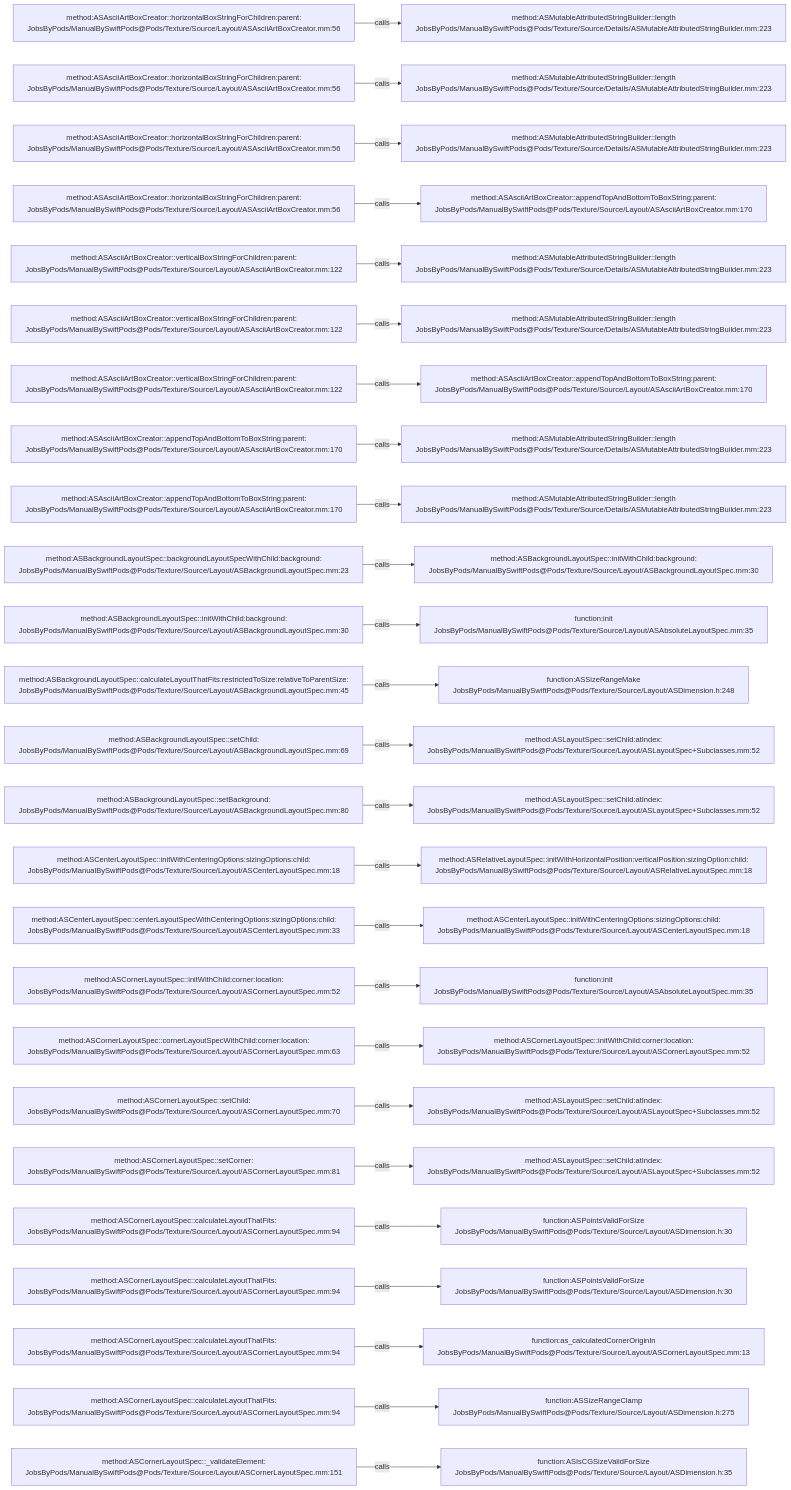
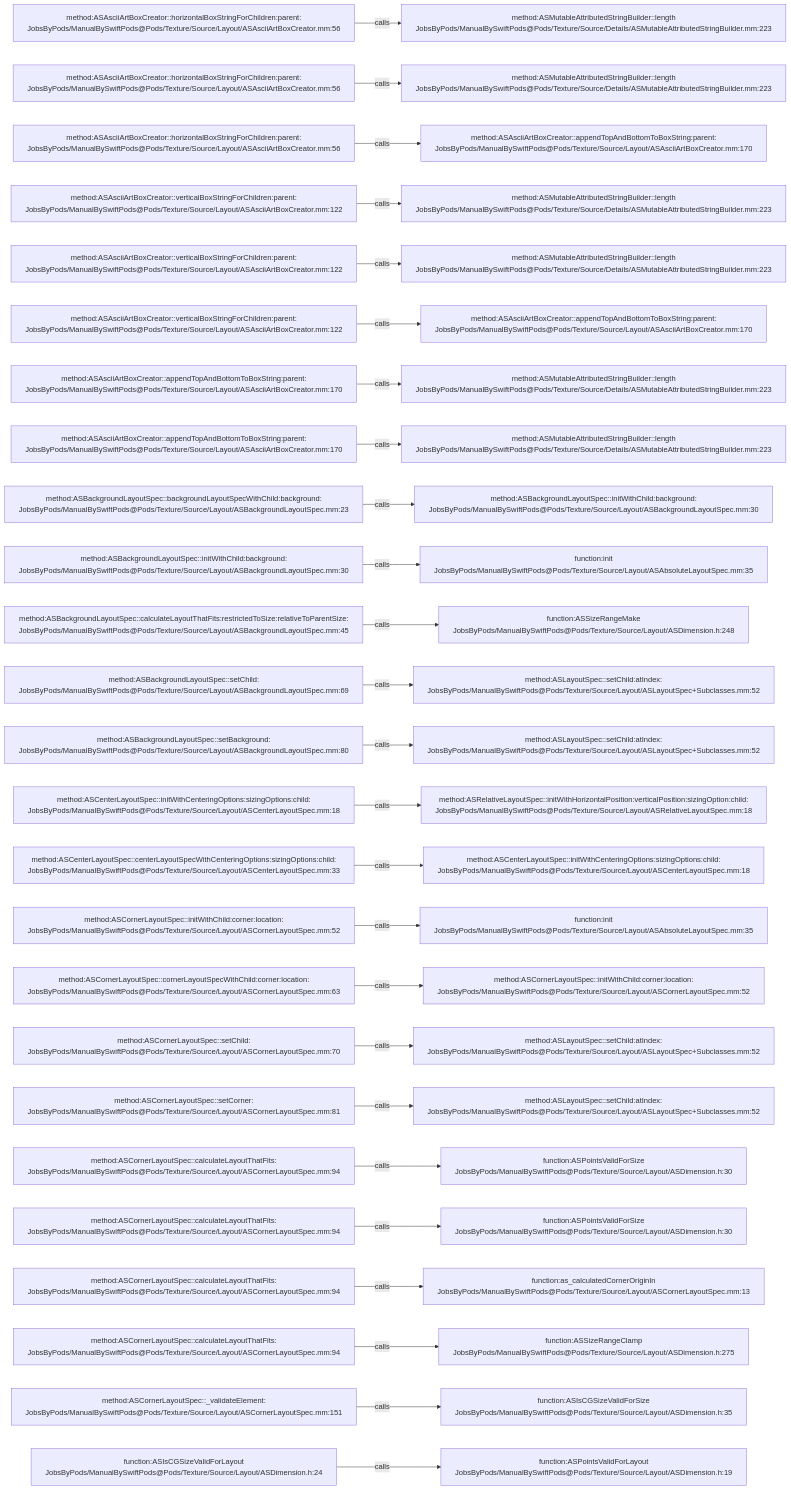
One commit to JobsKits/JobsSwiftBaseConfigDemo changed the diagram in .codegraph/codegraph.md/graphs/calls-105.md. Above: the diagram before and after it, drawn with Mermaid. The commit also changed 747 other files, not shown here.

````diff
--- a/.codegraph/codegraph.md/graphs/calls-105.md
+++ b/.codegraph/codegraph.md/graphs/calls-105.md
@@ -13,78 +13,78 @@
 ```mermaid
 flowchart LR
   S1["method:ASAsciiArtBoxCreator::horizontalBoxStringForChildren:parent:<br/>JobsByPods/ManualBySwiftPods@Pods/Texture/Source/Layout/ASAsciiArtBoxCreator.mm:56"]
   T1["method:ASMutableAttributedStringBuilder::length<br/>JobsByPods/ManualBySwiftPods@Pods/Texture/Source/Details/ASMutableAttributedStringBuilder.mm:223"]
   S1 -->|calls| T1
   S2["method:ASAsciiArtBoxCreator::horizontalBoxStringForChildren:parent:<br/>JobsByPods/ManualBySwiftPods@Pods/Texture/Source/Layout/ASAsciiArtBoxCreator.mm:56"]
   T2["method:ASMutableAttributedStringBuilder::length<br/>JobsByPods/ManualBySwiftPods@Pods/Texture/Source/Details/ASMutableAttributedStringBuilder.mm:223"]
   S2 -->|calls| T2
   S3["method:ASAsciiArtBoxCreator::horizontalBoxStringForChildren:parent:<br/>JobsByPods/ManualBySwiftPods@Pods/Texture/Source/Layout/ASAsciiArtBoxCreator.mm:56"]
-  T3["method:ASMutableAttributedStringBuilder::length<br/>JobsByPods/ManualBySwiftPods@Pods/Texture/Source/Details/ASMutableAttributedStringBuilder.mm:223"]
+  T3["method:ASAsciiArtBoxCreator::appendTopAndBottomToBoxString:parent:<br/>JobsByPods/ManualBySwiftPods@Pods/Texture/Source/Layout/ASAsciiArtBoxCreator.mm:170"]
   S3 -->|calls| T3
-  S4["method:ASAsciiArtBoxCreator::horizontalBoxStringForChildren:parent:<br/>JobsByPods/ManualBySwiftPods@Pods/Texture/Source/Layout/ASAsciiArtBoxCreator.mm:56"]
-  T4["method:ASAsciiArtBoxCreator::appendTopAndBottomToBoxString:parent:<br/>JobsByPods/ManualBySwiftPods@Pods/Texture/Source/Layout/ASAsciiArtBoxCreator.mm:170"]
+  S4["method:ASAsciiArtBoxCreator::verticalBoxStringForChildren:parent:<br/>JobsByPods/ManualBySwiftPods@Pods/Texture/Source/Layout/ASAsciiArtBoxCreator.mm:122"]
+  T4["method:ASMutableAttributedStringBuilder::length<br/>JobsByPods/ManualBySwiftPods@Pods/Texture/Source/Details/ASMutableAttributedStringBuilder.mm:223"]
   S4 -->|calls| T4
   S5["method:ASAsciiArtBoxCreator::verticalBoxStringForChildren:parent:<br/>JobsByPods/ManualBySwiftPods@Pods/Texture/Source/Layout/ASAsciiArtBoxCreator.mm:122"]
   T5["method:ASMutableAttributedStringBuilder::length<br/>JobsByPods/ManualBySwiftPods@Pods/Texture/Source/Details/ASMutableAttributedStringBuilder.mm:223"]
   S5 -->|calls| T5
   S6["method:ASAsciiArtBoxCreator::verticalBoxStringForChildren:parent:<br/>JobsByPods/ManualBySwiftPods@Pods/Texture/Source/Layout/ASAsciiArtBoxCreator.mm:122"]
-  T6["method:ASMutableAttributedStringBuilder::length<br/>JobsByPods/ManualBySwiftPods@Pods/Texture/Source/Details/ASMutableAttributedStringBuilder.mm:223"]
+  T6["method:ASAsciiArtBoxCreator::appendTopAndBottomToBoxString:parent:<br/>JobsByPods/ManualBySwiftPods@Pods/Texture/Source/Layout/ASAsciiArtBoxCreator.mm:170"]
   S6 -->|calls| T6
-  S7["method:ASAsciiArtBoxCreator::verticalBoxStringForChildren:parent:<br/>JobsByPods/ManualBySwiftPods@Pods/Texture/Source/Layout/ASAsciiArtBoxCreator.mm:122"]
-  T7["method:ASAsciiArtBoxCreator::appendTopAndBottomToBoxString:parent:<br/>JobsByPods/ManualBySwiftPods@Pods/Texture/Source/Layout/ASAsciiArtBoxCreator.mm:170"]
+  S7["method:ASAsciiArtBoxCreator::appendTopAndBottomToBoxString:parent:<br/>JobsByPods/ManualBySwiftPods@Pods/Texture/Source/Layout/ASAsciiArtBoxCreator.mm:170"]
+  T7["method:ASMutableAttributedStringBuilder::length<br/>JobsByPods/ManualBySwiftPods@Pods/Texture/Source/Details/ASMutableAttributedStringBuilder.mm:223"]
   S7 -->|calls| T7
   S8["method:ASAsciiArtBoxCreator::appendTopAndBottomToBoxString:parent:<br/>JobsByPods/ManualBySwiftPods@Pods/Texture/Source/Layout/ASAsciiArtBoxCreator.mm:170"]
   T8["method:ASMutableAttributedStringBuilder::length<br/>JobsByPods/ManualBySwiftPods@Pods/Texture/Source/Details/ASMutableAttributedStringBuilder.mm:223"]
   S8 -->|calls| T8
-  S9["method:ASAsciiArtBoxCreator::appendTopAndBottomToBoxString:parent:<br/>JobsByPods/ManualBySwiftPods@Pods/Texture/Source/Layout/ASAsciiArtBoxCreator.mm:170"]
-  T9["method:ASMutableAttributedStringBuilder::length<br/>JobsByPods/ManualBySwiftPods@Pods/Texture/Source/Details/ASMutableAttributedStringBuilder.mm:223"]
+  S9["method:ASBackgroundLayoutSpec::backgroundLayoutSpecWithChild:background:<br/>JobsByPods/ManualBySwiftPods@Pods/Texture/Source/Layout/ASBackgroundLayoutSpec.mm:23"]
+  T9["method:ASBackgroundLayoutSpec::initWithChild:background:<br/>JobsByPods/ManualBySwiftPods@Pods/Texture/Source/Layout/ASBackgroundLayoutSpec.mm:30"]
   S9 -->|calls| T9
-  S10["method:ASBackgroundLayoutSpec::backgroundLayoutSpecWithChild:background:<br/>JobsByPods/ManualBySwiftPods@Pods/Texture/Source/Layout/ASBackgroundLayoutSpec.mm:23"]
-  T10["method:ASBackgroundLayoutSpec::initWithChild:background:<br/>JobsByPods/ManualBySwiftPods@Pods/Texture/Source/Layout/ASBackgroundLayoutSpec.mm:30"]
+  S10["method:ASBackgroundLayoutSpec::initWithChild:background:<br/>JobsByPods/ManualBySwiftPods@Pods/Texture/Source/Layout/ASBackgroundLayoutSpec.mm:30"]
+  T10["function:init<br/>JobsByPods/ManualBySwiftPods@Pods/Texture/Source/Layout/ASAbsoluteLayoutSpec.mm:35"]
   S10 -->|calls| T10
-  S11["method:ASBackgroundLayoutSpec::initWithChild:background:<br/>JobsByPods/ManualBySwiftPods@Pods/Texture/Source/Layout/ASBackgroundLayoutSpec.mm:30"]
-  T11["function:init<br/>JobsByPods/ManualBySwiftPods@Pods/Texture/Source/Layout/ASAbsoluteLayoutSpec.mm:35"]
+  S11["method:ASBackgroundLayoutSpec::calculateLayoutThatFits:restrictedToSize:relativeToParentSize:<br/>JobsByPods/ManualBySwiftPods@Pods/Texture/Source/Layout/ASBackgroundLayoutSpec.mm:45"]
+  T11["function:ASSizeRangeMake<br/>JobsByPods/ManualBySwiftPods@Pods/Texture/Source/Layout/ASDimension.h:248"]
   S11 -->|calls| T11
-  S12["method:ASBackgroundLayoutSpec::calculateLayoutThatFits:restrictedToSize:relativeToParentSize:<br/>JobsByPods/ManualBySwiftPods@Pods/Texture/Source/Layout/ASBackgroundLayoutSpec.mm:45"]
-  T12["function:ASSizeRangeMake<br/>JobsByPods/ManualBySwiftPods@Pods/Texture/Source/Layout/ASDimension.h:248"]
+  S12["method:ASBackgroundLayoutSpec::setChild:<br/>JobsByPods/ManualBySwiftPods@Pods/Texture/Source/Layout/ASBackgroundLayoutSpec.mm:69"]
+  T12["method:ASLayoutSpec::setChild:atIndex:<br/>JobsByPods/ManualBySwiftPods@Pods/Texture/Source/Layout/ASLayoutSpec+Subclasses.mm:52"]
   S12 -->|calls| T12
-  S13["method:ASBackgroundLayoutSpec::setChild:<br/>JobsByPods/ManualBySwiftPods@Pods/Texture/Source/Layout/ASBackgroundLayoutSpec.mm:69"]
+  S13["method:ASBackgroundLayoutSpec::setBackground:<br/>JobsByPods/ManualBySwiftPods@Pods/Texture/Source/Layout/ASBackgroundLayoutSpec.mm:80"]
   T13["method:ASLayoutSpec::setChild:atIndex:<br/>JobsByPods/ManualBySwiftPods@Pods/Texture/Source/Layout/ASLayoutSpec+Subclasses.mm:52"]
   S13 -->|calls| T13
-  S14["method:ASBackgroundLayoutSpec::setBackground:<br/>JobsByPods/ManualBySwiftPods@Pods/Texture/Source/Layout/ASBackgroundLayoutSpec.mm:80"]
-  T14["method:ASLayoutSpec::setChild:atIndex:<br/>JobsByPods/ManualBySwiftPods@Pods/Texture/Source/Layout/ASLayoutSpec+Subclasses.mm:52"]
+  S14["method:ASCenterLayoutSpec::initWithCenteringOptions:sizingOptions:child:<br/>JobsByPods/ManualBySwiftPods@Pods/Texture/Source/Layout/ASCenterLayoutSpec.mm:18"]
+  T14["method:ASRelativeLayoutSpec::initWithHorizontalPosition:verticalPosition:sizingOption:child:<br/>JobsByPods/ManualBySwiftPods@Pods/Texture/Source/Layout/ASRelativeLayoutSpec.mm:18"]
   S14 -->|calls| T14
-  S15["method:ASCenterLayoutSpec::initWithCenteringOptions:sizingOptions:child:<br/>JobsByPods/ManualBySwiftPods@Pods/Texture/Source/Layout/ASCenterLayoutSpec.mm:18"]
-  T15["method:ASRelativeLayoutSpec::initWithHorizontalPosition:verticalPosition:sizingOption:child:<br/>JobsByPods/ManualBySwiftPods@Pods/Texture/Source/Layout/ASRelativeLayoutSpec.mm:18"]
+  S15["method:ASCenterLayoutSpec::centerLayoutSpecWithCenteringOptions:sizingOptions:child:<br/>JobsByPods/ManualBySwiftPods@Pods/Texture/Source/Layout/ASCenterLayoutSpec.mm:33"]
+  T15["method:ASCenterLayoutSpec::initWithCenteringOptions:sizingOptions:child:<br/>JobsByPods/ManualBySwiftPods@Pods/Texture/Source/Layout/ASCenterLayoutSpec.mm:18"]
   S15 -->|calls| T15
-  S16["method:ASCenterLayoutSpec::centerLayoutSpecWithCenteringOptions:sizingOptions:child:<br/>JobsByPods/ManualBySwiftPods@Pods/Texture/Source/Layout/ASCenterLayoutSpec.mm:33"]
-  T16["method:ASCenterLayoutSpec::initWithCenteringOptions:sizingOptions:child:<br/>JobsByPods/ManualBySwiftPods@Pods/Texture/Source/Layout/ASCenterLayoutSpec.mm:18"]
+  S16["method:ASCornerLayoutSpec::initWithChild:corner:location:<br/>JobsByPods/ManualBySwiftPods@Pods/Texture/Source/Layout/ASCornerLayoutSpec.mm:52"]
+  T16["function:init<br/>JobsByPods/ManualBySwiftPods@Pods/Texture/Source/Layout/ASAbsoluteLayoutSpec.mm:35"]
   S16 -->|calls| T16
-  S17["method:ASCornerLayoutSpec::initWithChild:corner:location:<br/>JobsByPods/ManualBySwiftPods@Pods/Texture/Source/Layout/ASCornerLayoutSpec.mm:52"]
-  T17["function:init<br/>JobsByPods/ManualBySwiftPods@Pods/Texture/Source/Layout/ASAbsoluteLayoutSpec.mm:35"]
+  S17["method:ASCornerLayoutSpec::cornerLayoutSpecWithChild:corner:location:<br/>JobsByPods/ManualBySwiftPods@Pods/Texture/Source/Layout/ASCornerLayoutSpec.mm:63"]
+  T17["method:ASCornerLayoutSpec::initWithChild:corner:location:<br/>JobsByPods/ManualBySwiftPods@Pods/Texture/Source/Layout/ASCornerLayoutSpec.mm:52"]
   S17 -->|calls| T17
-  S18["method:ASCornerLayoutSpec::cornerLayoutSpecWithChild:corner:location:<br/>JobsByPods/ManualBySwiftPods@Pods/Texture/Source/Layout/ASCornerLayoutSpec.mm:63"]
-  T18["method:ASCornerLayoutSpec::initWithChild:corner:location:<br/>JobsByPods/ManualBySwiftPods@Pods/Texture/Source/Layout/ASCornerLayoutSpec.mm:52"]
+  S18["method:ASCornerLayoutSpec::setChild:<br/>JobsByPods/ManualBySwiftPods@Pods/Texture/Source/Layout/ASCornerLayoutSpec.mm:70"]
+  T18["method:ASLayoutSpec::setChild:atIndex:<br/>JobsByPods/ManualBySwiftPods@Pods/Texture/Source/Layout/ASLayoutSpec+Subclasses.mm:52"]
   S18 -->|calls| T18
-  S19["method:ASCornerLayoutSpec::setChild:<br/>JobsByPods/ManualBySwiftPods@Pods/Texture/Source/Layout/ASCornerLayoutSpec.mm:70"]
+  S19["method:ASCornerLayoutSpec::setCorner:<br/>JobsByPods/ManualBySwiftPods@Pods/Texture/Source/Layout/ASCornerLayoutSpec.mm:81"]
   T19["method:ASLayoutSpec::setChild:atIndex:<br/>JobsByPods/ManualBySwiftPods@Pods/Texture/Source/Layout/ASLayoutSpec+Subclasses.mm:52"]
   S19 -->|calls| T19
-  S20["method:ASCornerLayoutSpec::setCorner:<br/>JobsByPods/ManualBySwiftPods@Pods/Texture/Source/Layout/ASCornerLayoutSpec.mm:81"]
-  T20["method:ASLayoutSpec::setChild:atIndex:<br/>JobsByPods/ManualBySwiftPods@Pods/Texture/Source/Layout/ASLayoutSpec+Subclasses.mm:52"]
+  S20["method:ASCornerLayoutSpec::calculateLayoutThatFits:<br/>JobsByPods/ManualBySwiftPods@Pods/Texture/Source/Layout/ASCornerLayoutSpec.mm:94"]
+  T20["function:ASPointsValidForSize<br/>JobsByPods/ManualBySwiftPods@Pods/Texture/Source/Layout/ASDimension.h:30"]
   S20 -->|calls| T20
   S21["method:ASCornerLayoutSpec::calculateLayoutThatFits:<br/>JobsByPods/ManualBySwiftPods@Pods/Texture/Source/Layout/ASCornerLayoutSpec.mm:94"]
   T21["function:ASPointsValidForSize<br/>JobsByPods/ManualBySwiftPods@Pods/Texture/Source/Layout/ASDimension.h:30"]
   S21 -->|calls| T21
   S22["method:ASCornerLayoutSpec::calculateLayoutThatFits:<br/>JobsByPods/ManualBySwiftPods@Pods/Texture/Source/Layout/ASCornerLayoutSpec.mm:94"]
-  T22["function:ASPointsValidForSize<br/>JobsByPods/ManualBySwiftPods@Pods/Texture/Source/Layout/ASDimension.h:30"]
+  T22["function:as_calculatedCornerOriginIn<br/>JobsByPods/ManualBySwiftPods@Pods/Texture/Source/Layout/ASCornerLayoutSpec.mm:13"]
   S22 -->|calls| T22
   S23["method:ASCornerLayoutSpec::calculateLayoutThatFits:<br/>JobsByPods/ManualBySwiftPods@Pods/Texture/Source/Layout/ASCornerLayoutSpec.mm:94"]
-  T23["function:as_calculatedCornerOriginIn<br/>JobsByPods/ManualBySwiftPods@Pods/Texture/Source/Layout/ASCornerLayoutSpec.mm:13"]
+  T23["function:ASSizeRangeClamp<br/>JobsByPods/ManualBySwiftPods@Pods/Texture/Source/Layout/ASDimension.h:275"]
   S23 -->|calls| T23
-  S24["method:ASCornerLayoutSpec::calculateLayoutThatFits:<br/>JobsByPods/ManualBySwiftPods@Pods/Texture/Source/Layout/ASCornerLayoutSpec.mm:94"]
-  T24["function:ASSizeRangeClamp<br/>JobsByPods/ManualBySwiftPods@Pods/Texture/Source/Layout/ASDimension.h:275"]
+  S24["method:ASCornerLayoutSpec::_validateElement:<br/>JobsByPods/ManualBySwiftPods@Pods/Texture/Source/Layout/ASCornerLayoutSpec.mm:151"]
+  T24["function:ASIsCGSizeValidForSize<br/>JobsByPods/ManualBySwiftPods@Pods/Texture/Source/Layout/ASDimension.h:35"]
   S24 -->|calls| T24
-  S25["method:ASCornerLayoutSpec::_validateElement:<br/>JobsByPods/ManualBySwiftPods@Pods/Texture/Source/Layout/ASCornerLayoutSpec.mm:151"]
-  T25["function:ASIsCGSizeValidForSize<br/>JobsByPods/ManualBySwiftPods@Pods/Texture/Source/Layout/ASDimension.h:35"]
+  S25["function:ASIsCGSizeValidForLayout<br/>JobsByPods/ManualBySwiftPods@Pods/Texture/Source/Layout/ASDimension.h:24"]
+  T25["function:ASPointsValidForLayout<br/>JobsByPods/ManualBySwiftPods@Pods/Texture/Source/Layout/ASDimension.h:19"]
   S25 -->|calls| T25
 ```
````
